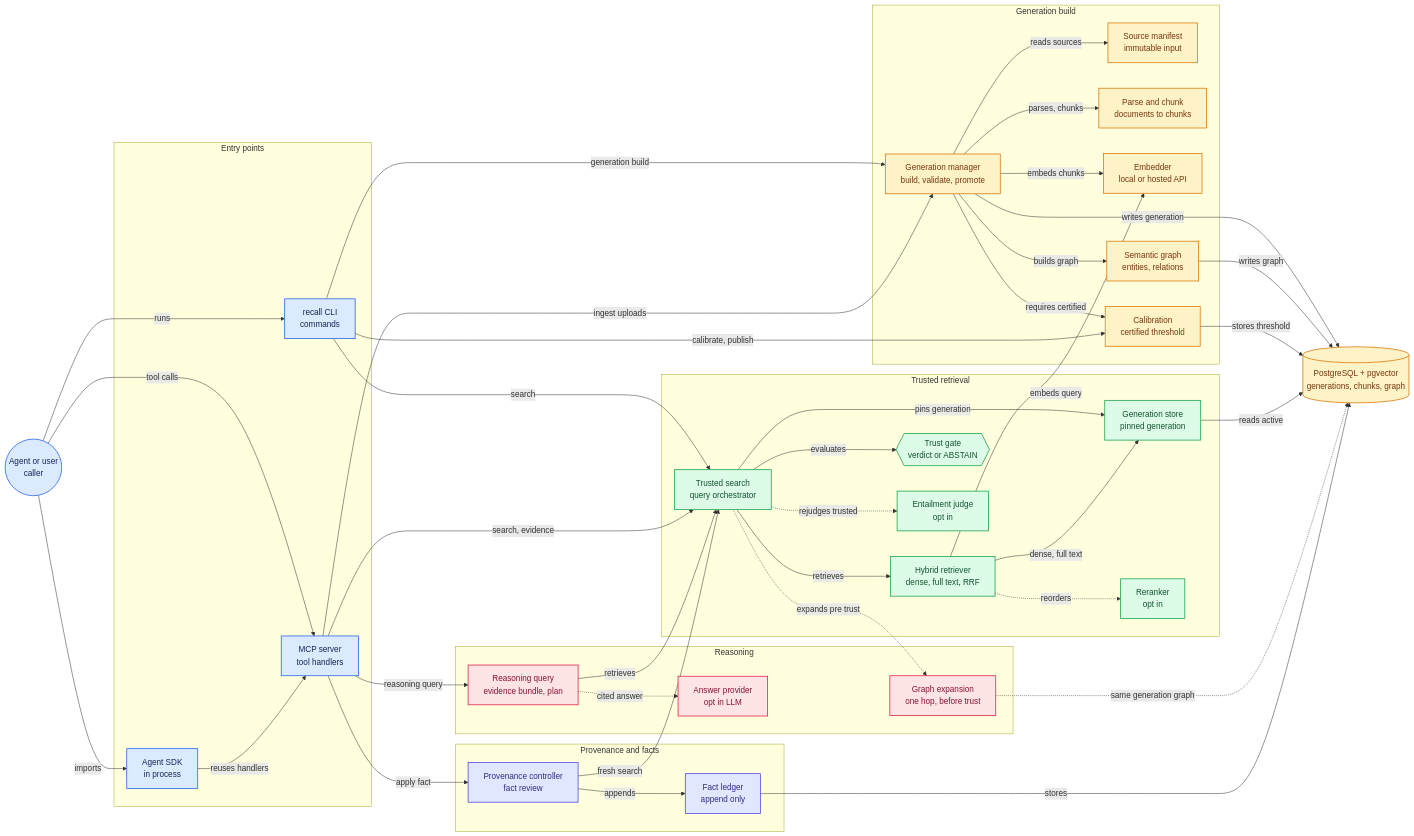
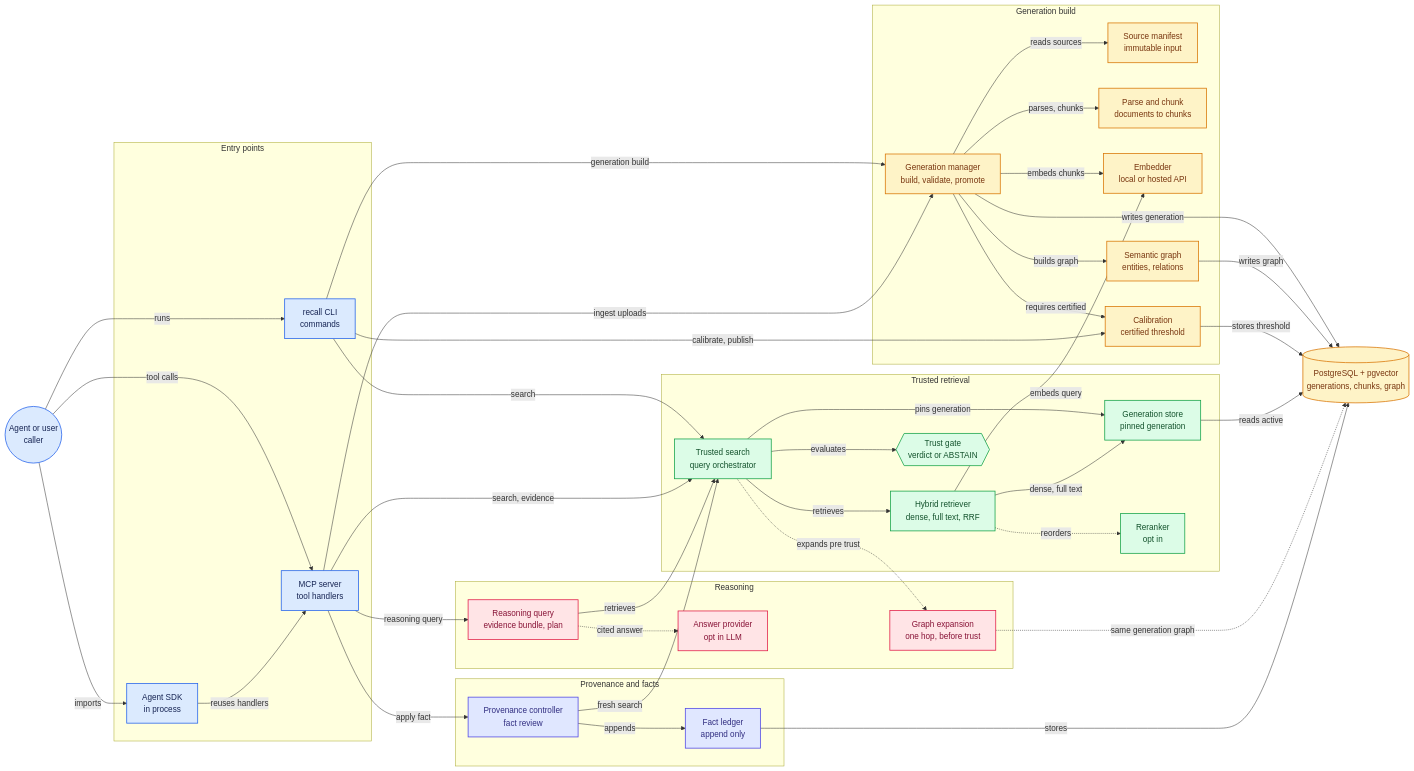
One commit to GiulioDER/RE-call changed the diagram in README.md. Above: the diagram before and after it, drawn with Mermaid. The commit also changed other lines of this file and 75 other files, not shown here.

````diff
--- a/README.md
+++ b/README.md
@@ -80,7 +80,6 @@
   node_retriever["Hybrid retriever<br/>dense, full text, RRF"]
   node_reranker["Reranker<br/>opt in"]
   node_trust_gate{{"Trust gate<br/>verdict or ABSTAIN"}}
-  node_entailment["Entailment judge<br/>opt in"]
 end
 
 subgraph group_reason["Reasoning"]
@@ -121,7 +120,6 @@
 node_retriever -->|"dense, full text"| node_gen_store
 node_retriever -.->|"reorders"| node_reranker
 node_trusted_search -->|"evaluates"| node_trust_gate
-node_trusted_search -.->|"rejudges trusted"| node_entailment
 node_mcp -->|"reasoning query"| node_reasoner
 node_reasoner -->|"retrieves"| node_trusted_search
 node_trusted_search -.->|"expands pre trust"| node_graph_expansion
@@ -146,7 +144,6 @@
 click node_retriever "https://github.com/GiulioDER/RE-call/blob/master/recall/retriever.py"
 click node_reranker "https://github.com/GiulioDER/RE-call/blob/master/recall/rerank.py"
 click node_trust_gate "https://github.com/GiulioDER/RE-call/blob/master/recall/trust.py"
-click node_entailment "https://github.com/GiulioDER/RE-call/blob/master/recall/entailment.py"
 click node_reasoner "https://github.com/GiulioDER/RE-call/blob/master/recall/reasoning.py"
 click node_graph_expansion "https://github.com/GiulioDER/RE-call/blob/master/recall_mcp/graph_expansion.py"
 click node_answer "https://github.com/GiulioDER/RE-call/blob/master/recall/answer_provider.py"
@@ -163,7 +160,7 @@
 classDef toneTeal fill:#ccfbf1,stroke:#0f766e,stroke-width:1.5px,color:#134e4a
 class node_cli,node_mcp,node_sdk,node_caller toneBlue
 class node_manifest,node_generations,node_parser,node_embedder,node_graph_build,node_calibration,node_postgres toneAmber
-class node_trusted_search,node_gen_store,node_retriever,node_reranker,node_trust_gate,node_entailment toneMint
+class node_trusted_search,node_gen_store,node_retriever,node_reranker,node_trust_gate toneMint
 class node_reasoner,node_graph_expansion,node_answer toneRose
 class node_provenance,node_ledger toneIndigo
 ```
````
